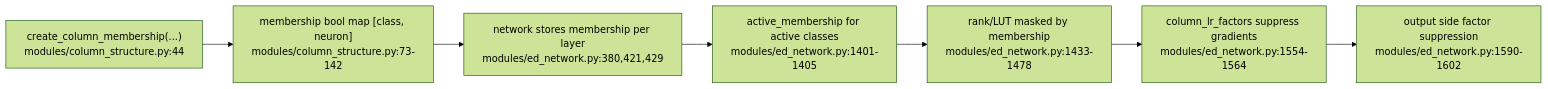
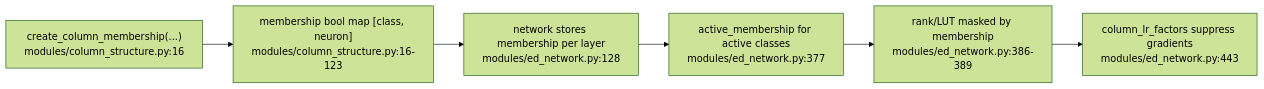
The fourth of 6 diagrams in docs/ja/ed_learning_mechanism_anchors.md (yoiwa0714/columnar_ed_ann), drawn with Mermaid (forest theme) before and after one commit. The commit also changed other lines of this file and 3 other files, not shown here.

````diff
--- a/docs/ja/ed_learning_mechanism_anchors.md
+++ b/docs/ja/ed_learning_mechanism_anchors.md
@@ -89,9 +84,8 @@
 ```mermaid
 flowchart LR
-    A["create_column_membership(...)<br/>modules/column_structure.py:44"] --> B["membership bool map [class, neuron]<br/>modules/column_structure.py:73-142"]
-    B --> C["network stores membership per layer<br/>modules/ed_network.py:380,421,429"]
-    C --> D["active_membership for active classes<br/>modules/ed_network.py:1401-1405"]
-    D --> E["rank/LUT masked by membership<br/>modules/ed_network.py:1433-1478"]
-    E --> F["column_lr_factors suppress gradients<br/>modules/ed_network.py:1554-1564"]
-    F --> G["output side factor suppression<br/>modules/ed_network.py:1590-1602"]
+    A["create_column_membership(...)<br/>modules/column_structure.py:16"] --> B["membership bool map [class, neuron]<br/>modules/column_structure.py:16-123"]
+    B --> C["network stores membership per layer<br/>modules/ed_network.py:128"]
+    C --> D["active_membership for active classes<br/>modules/ed_network.py:377"]
+    D --> E["rank/LUT masked by membership<br/>modules/ed_network.py:386-389"]
+    E --> F["column_lr_factors suppress gradients<br/>modules/ed_network.py:443"]
 ```
````
